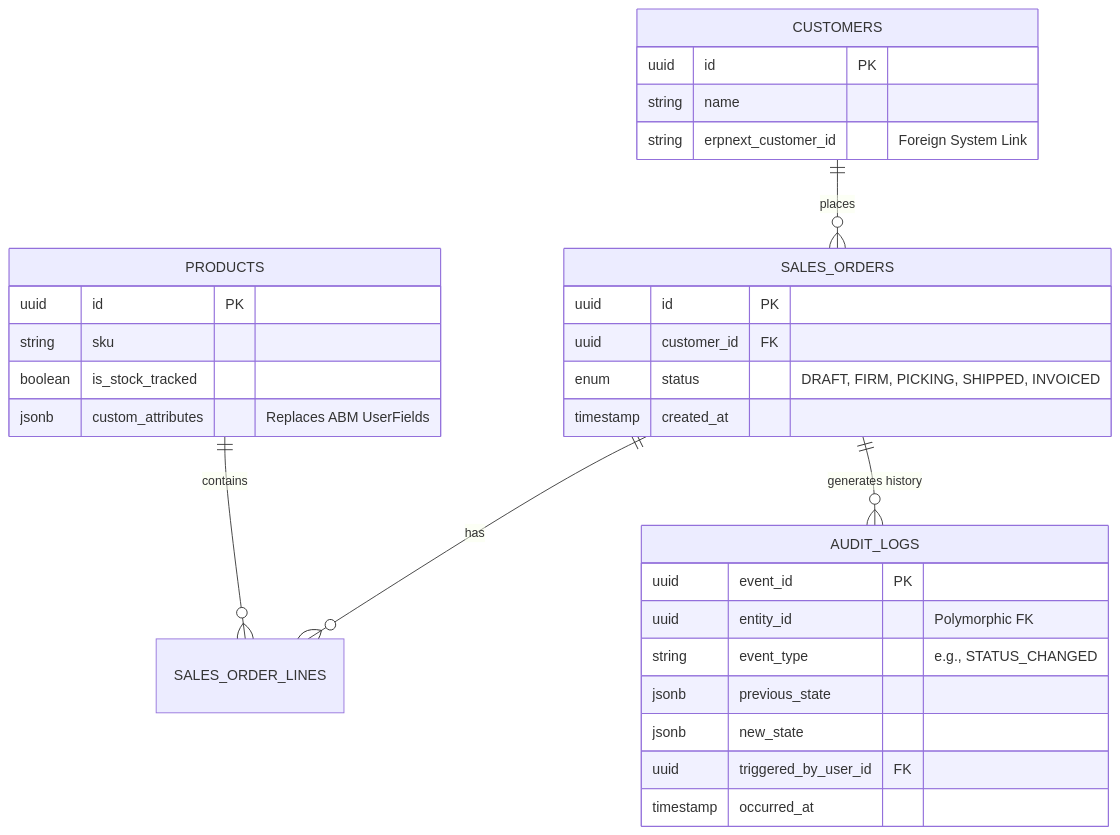
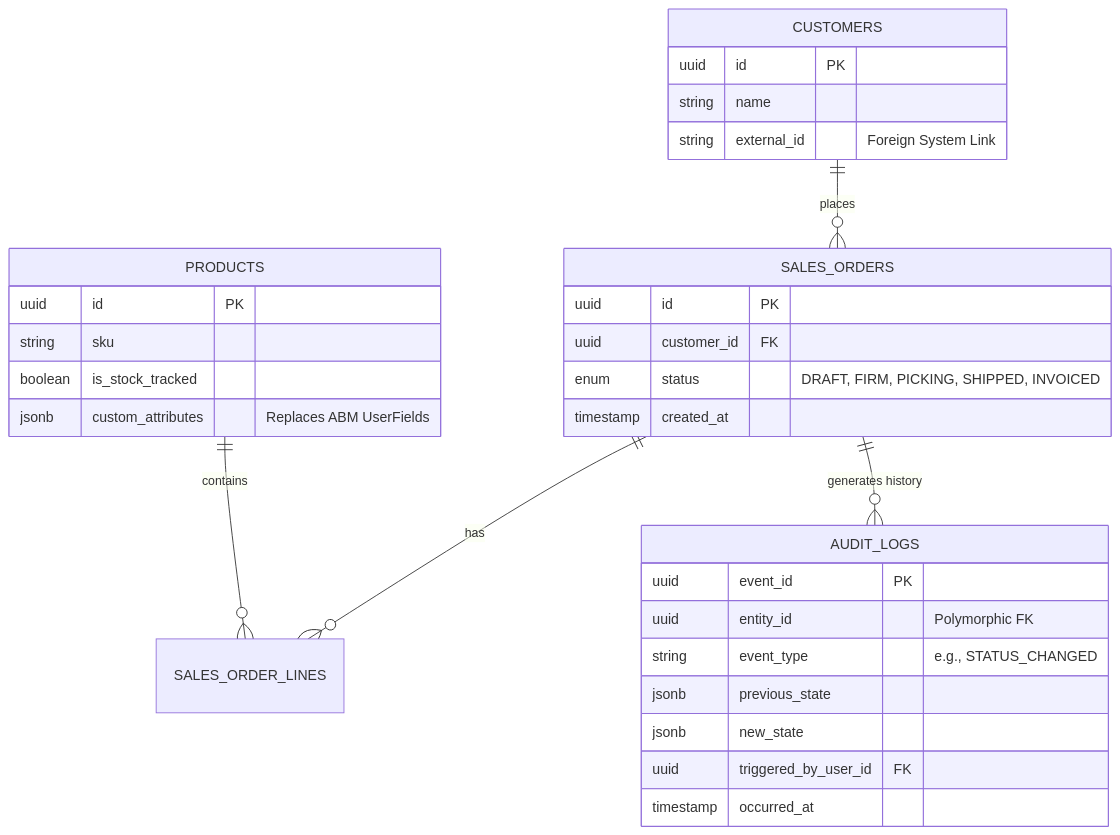
One commit to herobmdotcom/herobm changed the second of 3 diagrams in docs/technical/system_architecture.md. Above: the diagram before and after it, drawn with Mermaid. The commit also changed other lines of this file and 114 other files, not shown here.

````diff
--- a/docs/technical/system_architecture.md
+++ b/docs/technical/system_architecture.md
@@ -101,37 +98,37 @@
 ```mermaid
 erDiagram
     CUSTOMERS ||--o{ SALES_ORDERS : "places"
     PRODUCTS ||--o{ SALES_ORDER_LINES : "contains"
     SALES_ORDERS ||--o{ SALES_ORDER_LINES : "has"
     SALES_ORDERS ||--o{ AUDIT_LOGS : "generates history"
     
     CUSTOMERS {
         uuid id PK
         string name
-        string erpnext_customer_id "Foreign System Link"
+        string external_id "Foreign System Link"
     }
 
     PRODUCTS {
         uuid id PK
         string sku
         boolean is_stock_tracked
         jsonb custom_attributes "Replaces ABM UserFields"
     }
 
     SALES_ORDERS {
         uuid id PK
         uuid customer_id FK
         enum status "DRAFT, FIRM, PICKING, SHIPPED, INVOICED"
         timestamp created_at
     }
 
     AUDIT_LOGS {
         uuid event_id PK
         uuid entity_id "Polymorphic FK"
         string event_type "e.g., STATUS_CHANGED"
         jsonb previous_state
         jsonb new_state
         uuid triggered_by_user_id FK
         timestamp occurred_at
     }
 ```
````
